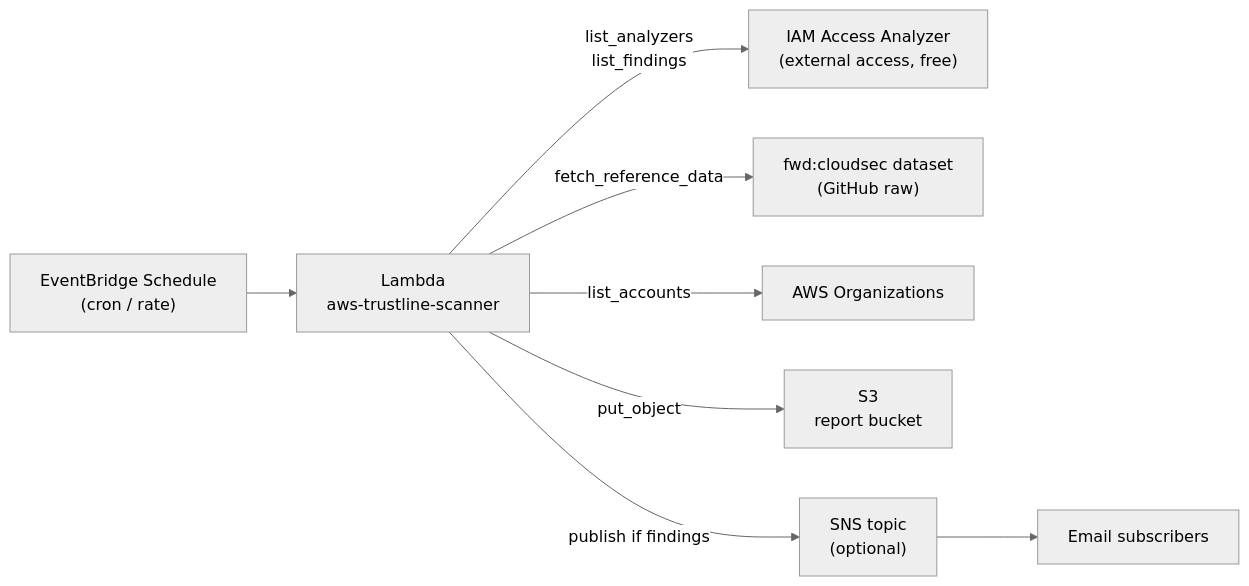
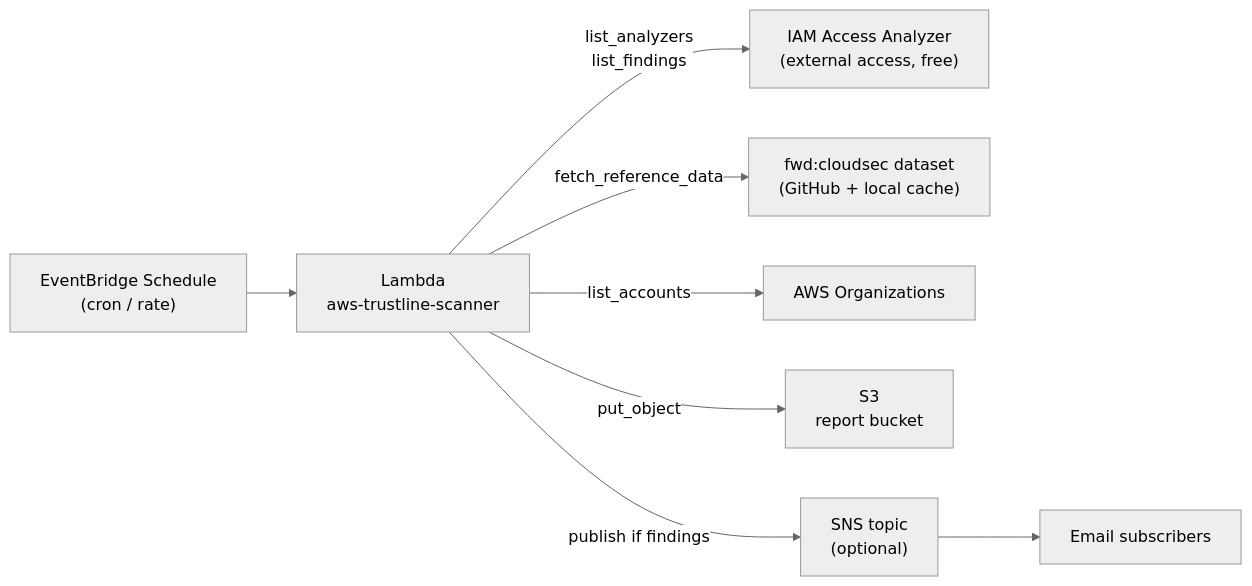
Before and after one commit to zoph-io/aws-trustline: the diagram in iac/README.md, drawn with Mermaid (neutral theme). The commit also changed other lines of this file and 7 other files, not shown here.

````diff
--- a/iac/README.md
+++ b/iac/README.md
@@ -16,10 +17,10 @@
 ```mermaid
 flowchart LR
     Sched["EventBridge Schedule<br/>(cron / rate)"] --> Fn
     Fn["Lambda<br/>aws-trustline-scanner"] -->|list_analyzers<br/>list_findings| AA["IAM Access Analyzer<br/>(external access, free)"]
-    Fn -->|fetch_reference_data| Vendors["fwd:cloudsec dataset<br/>(GitHub raw)"]
+    Fn -->|fetch_reference_data| Vendors["fwd:cloudsec dataset<br/>(GitHub + local cache)"]
     Fn -->|list_accounts| Orgs[AWS Organizations]
     Fn -->|put_object| S3["S3<br/>report bucket"]
     Fn -->|publish if findings| SNS["SNS topic<br/>(optional)"]
     SNS --> Email[Email subscribers]
 ```
````
